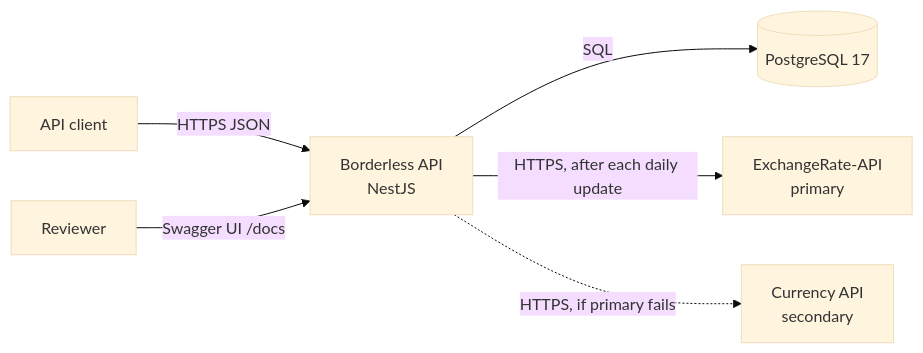
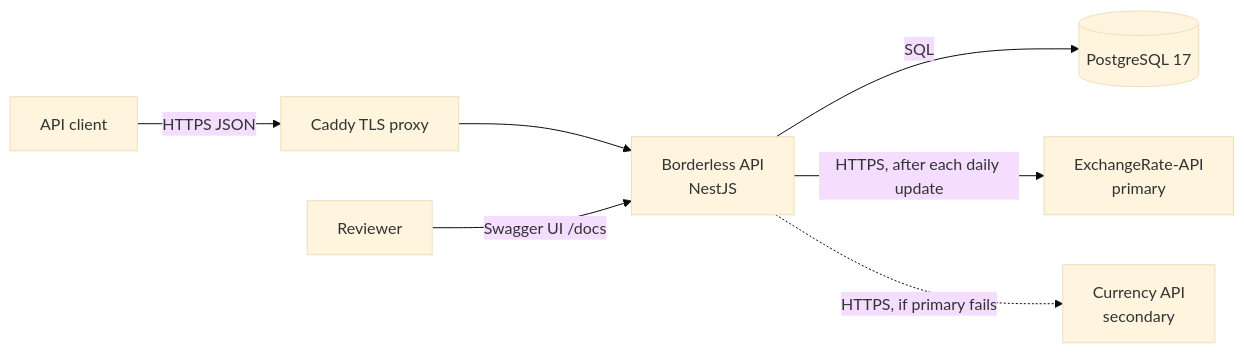
One commit to nobledeveloper01/operation-borderless changed the first of 4 diagrams in docs/architecture.md. Above: the diagram before and after it, drawn with Mermaid (base theme). The commit also changed other lines of this file and 13 other files, not shown here.

````diff
--- a/docs/architecture.md
+++ b/docs/architecture.md
@@ -16,8 +16,8 @@
 ```mermaid
 flowchart LR
-  client[API client] -->|HTTPS JSON| api[Borderless API<br/>NestJS]
+  client[API client] -->|HTTPS JSON| proxy[Caddy TLS proxy] --> api[Borderless API<br/>NestJS]
   api -->|SQL| db[(PostgreSQL 17)]
   api -->|HTTPS, after each daily update| fx[ExchangeRate-API<br/>primary]
   api -.->|HTTPS, if primary fails| fx2[Currency API<br/>secondary]
   reviewer[Reviewer] -->|Swagger UI /docs| api
 ```
````
